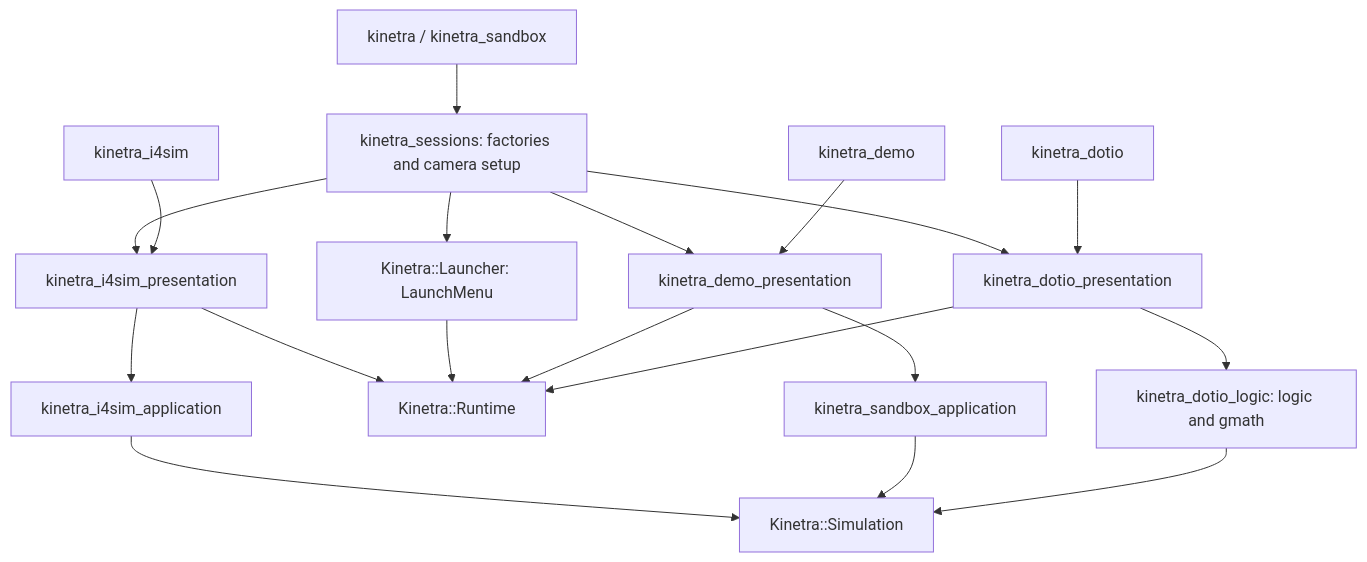
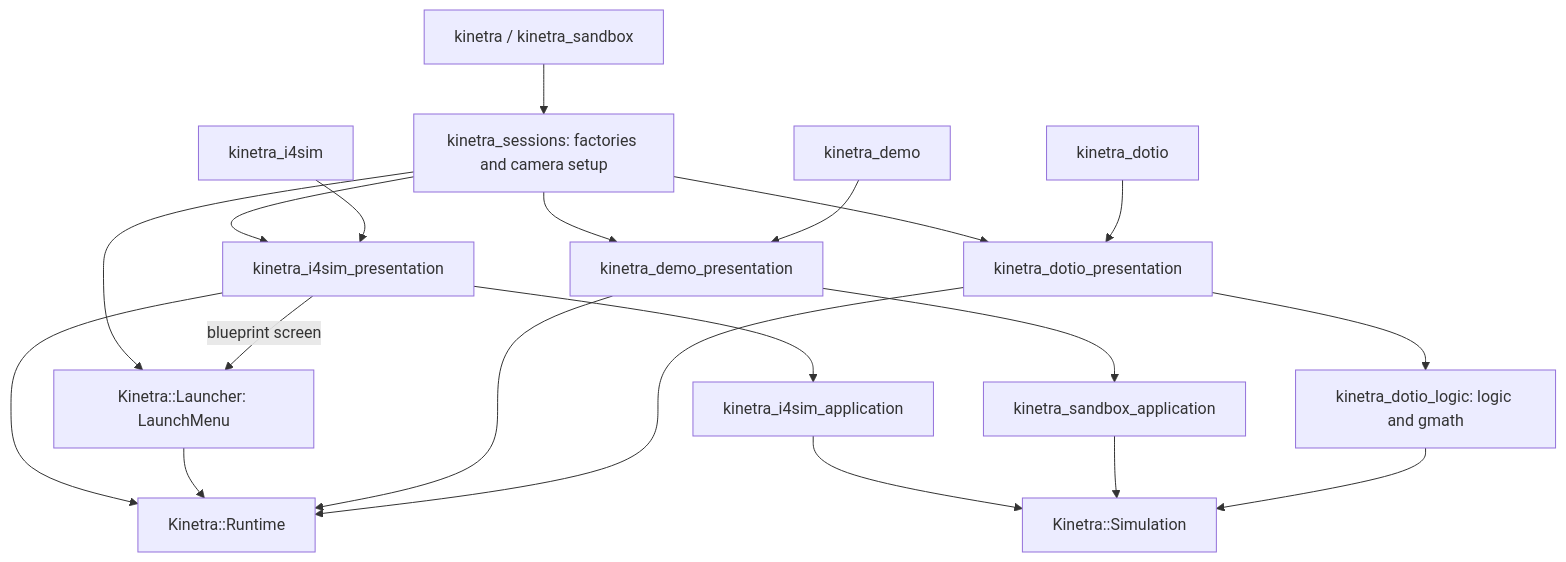
One commit to SMB-M87/Kinetra-Lab changed the first of 2 diagrams in docs/architecture.md. Above: the diagram before and after it, drawn with Mermaid. The commit also changed other lines of this file and 4 other files, not shown here.

````diff
--- a/docs/architecture.md
+++ b/docs/architecture.md
@@ -15,21 +15,22 @@
 ```mermaid
 flowchart TD
     Bundled[kinetra / kinetra_sandbox] --> Sessions[kinetra_sessions: factories and camera setup]
     Sessions --> Launcher[Kinetra::Launcher: LaunchMenu]
     Sessions --> Demo[kinetra_demo_presentation]
     Sessions --> Dotio[kinetra_dotio_presentation]
     Sessions --> Factory[kinetra_i4sim_presentation]
     FactoryExe[kinetra_i4sim] --> Factory
     Factory --> FactoryLogic[kinetra_i4sim_application]
+    Factory -->|blueprint screen| Launcher
     FactoryLogic --> Sim
     Factory --> Runtime
     DemoExe[kinetra_demo] --> Demo
     DotioExe[kinetra_dotio] --> Dotio
     Demo --> Sandbox[kinetra_sandbox_application]
     Dotio --> Logic[kinetra_dotio_logic: logic and gmath]
     Sandbox --> Sim[Kinetra::Simulation]
     Logic --> Sim
     Launcher --> Runtime[Kinetra::Runtime]
     Demo --> Runtime
     Dotio --> Runtime
 ```
````
